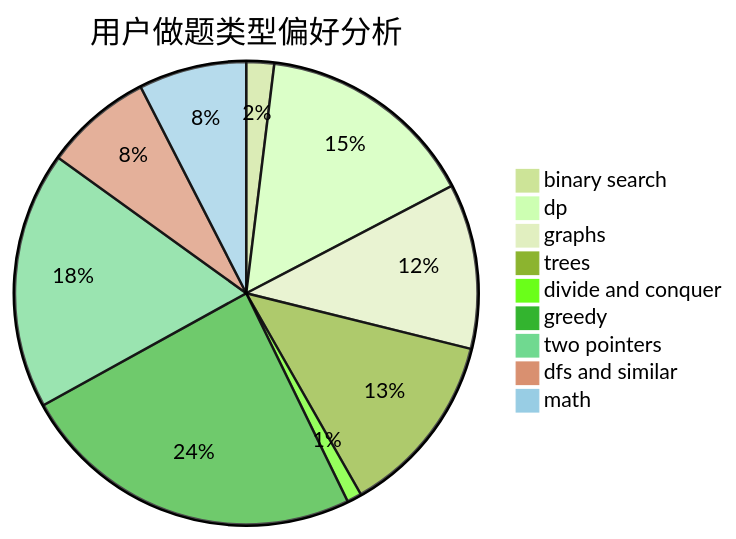
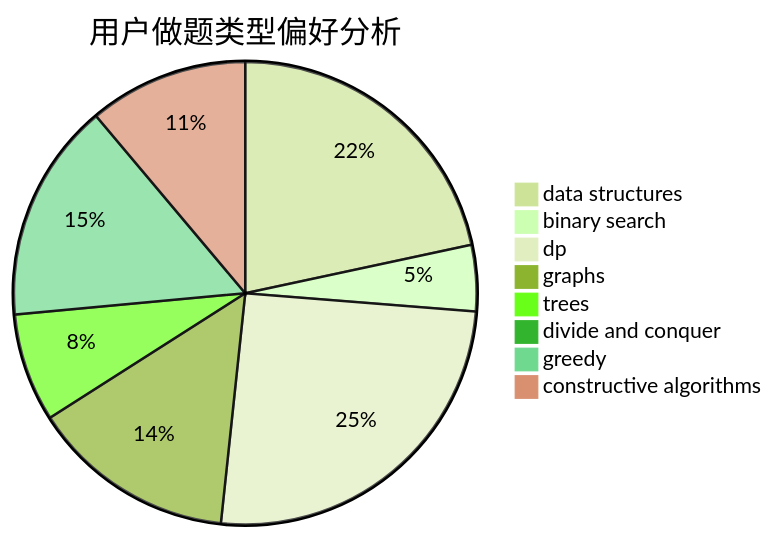
The second of 3 diagrams in docs/user/u369.md (sherpahu/cfrs.github.io), drawn with Mermaid (forest theme) before and after one commit. The commit also changed other lines of this file and 2775 other files, not shown here.

````diff
--- a/docs/user/u369.md
+++ b/docs/user/u369.md
@@ -23,12 +23,11 @@
 ```mermaid
 pie title 用户做题类型偏好分析
-    "binary search" :  34
-    "dp" :  270
-    "graphs" :  202
-    "trees" :  226
-    "divide and conquer" :  18
-    "greedy" :  424
-    "two pointers" :  315
-    "dfs and similar" :  132
-    "math" :  132
+    "data structures" :  103
+    "binary search" :  22
+    "dp" :  121
+    "graphs" :  68
+    "trees" :  36
+    "divide and conquer" :  0
+    "greedy" :  73
+    "constructive algorithms" :  53
 ```
````
